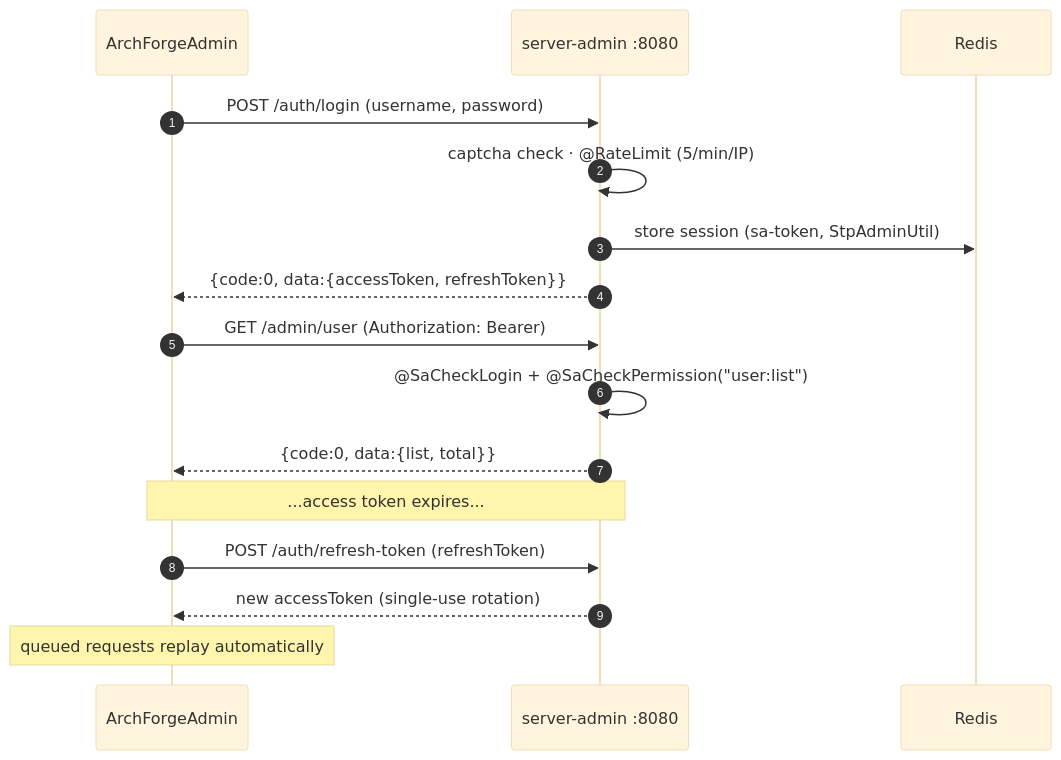
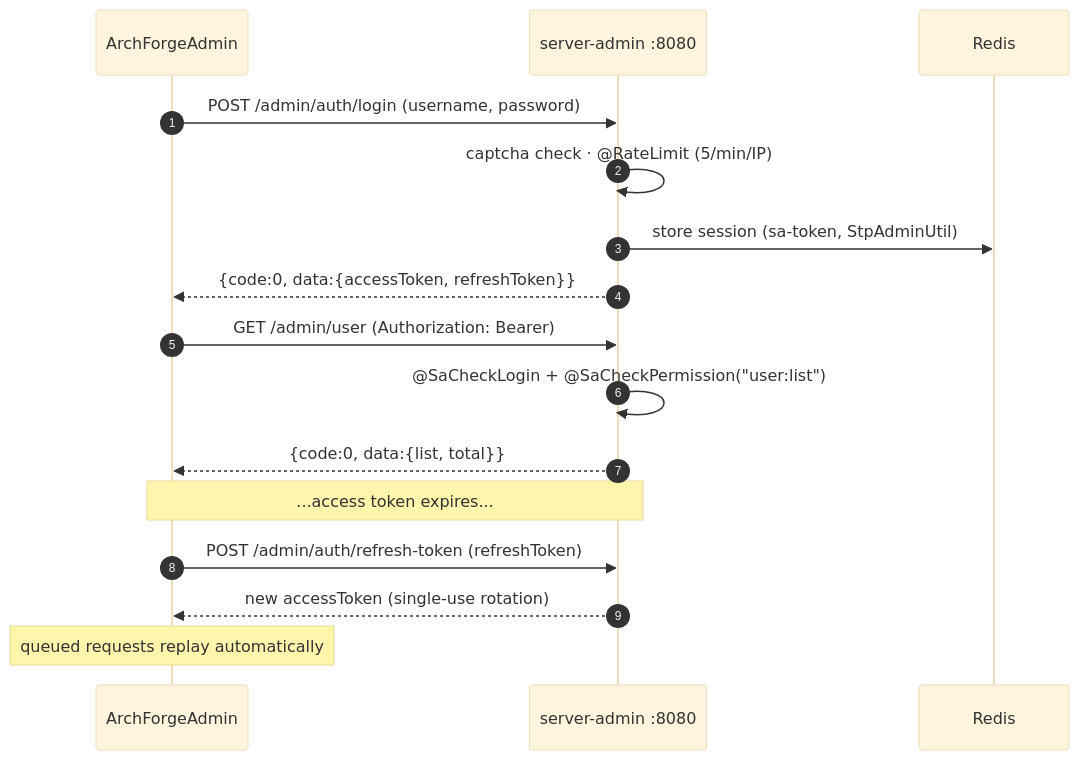
Before and after one commit to sofn/ArchForgeDocs: the second of 5 diagrams in docs/guide/architecture.md, drawn with Mermaid (base theme). The commit also changed 19 other files, not shown here.

````diff
--- a/docs/guide/architecture.md
+++ b/docs/guide/architecture.md
@@ -43,21 +43,21 @@
 ```mermaid
 sequenceDiagram
   autonumber
   participant UI as ArchForgeAdmin
   participant SA as server-admin :8080
   participant R as Redis
 
-  UI->>SA: POST /auth/login (username, password)
+  UI->>SA: POST /admin/auth/login (username, password)
   SA->>SA: captcha check · @RateLimit (5/min/IP)
   SA->>R: store session (sa-token, StpAdminUtil)
   SA-->>UI: {code:0, data:{accessToken, refreshToken}}
 
   UI->>SA: GET /admin/user (Authorization: Bearer)
   SA->>SA: @SaCheckLogin + @SaCheckPermission("user:list")
   SA-->>UI: {code:0, data:{list, total}}
 
   Note over UI,SA: ...access token expires...
-  UI->>SA: POST /auth/refresh-token (refreshToken)
+  UI->>SA: POST /admin/auth/refresh-token (refreshToken)
   SA-->>UI: new accessToken (single-use rotation)
   Note over UI: queued requests replay automatically
 ```
````
